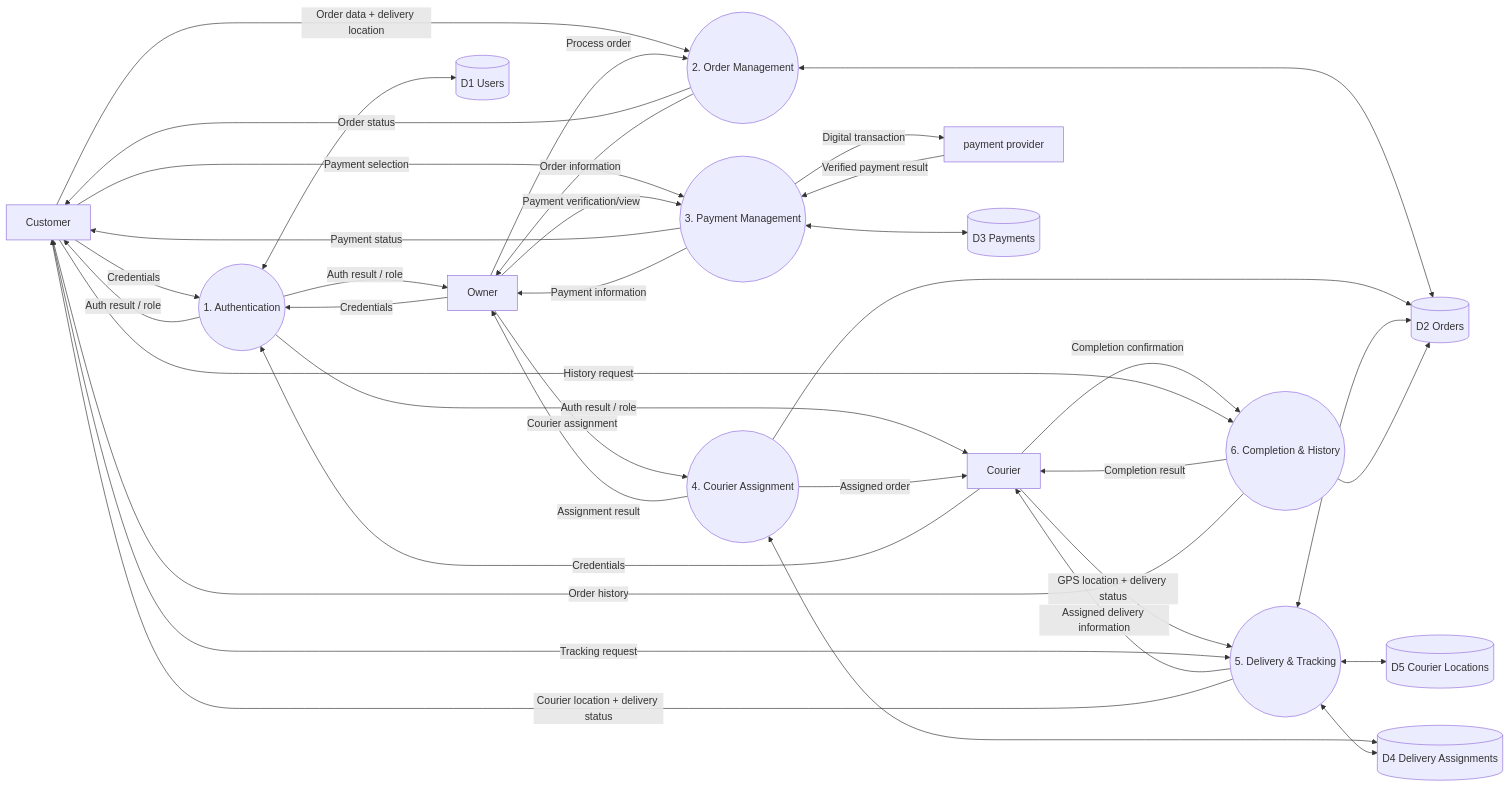
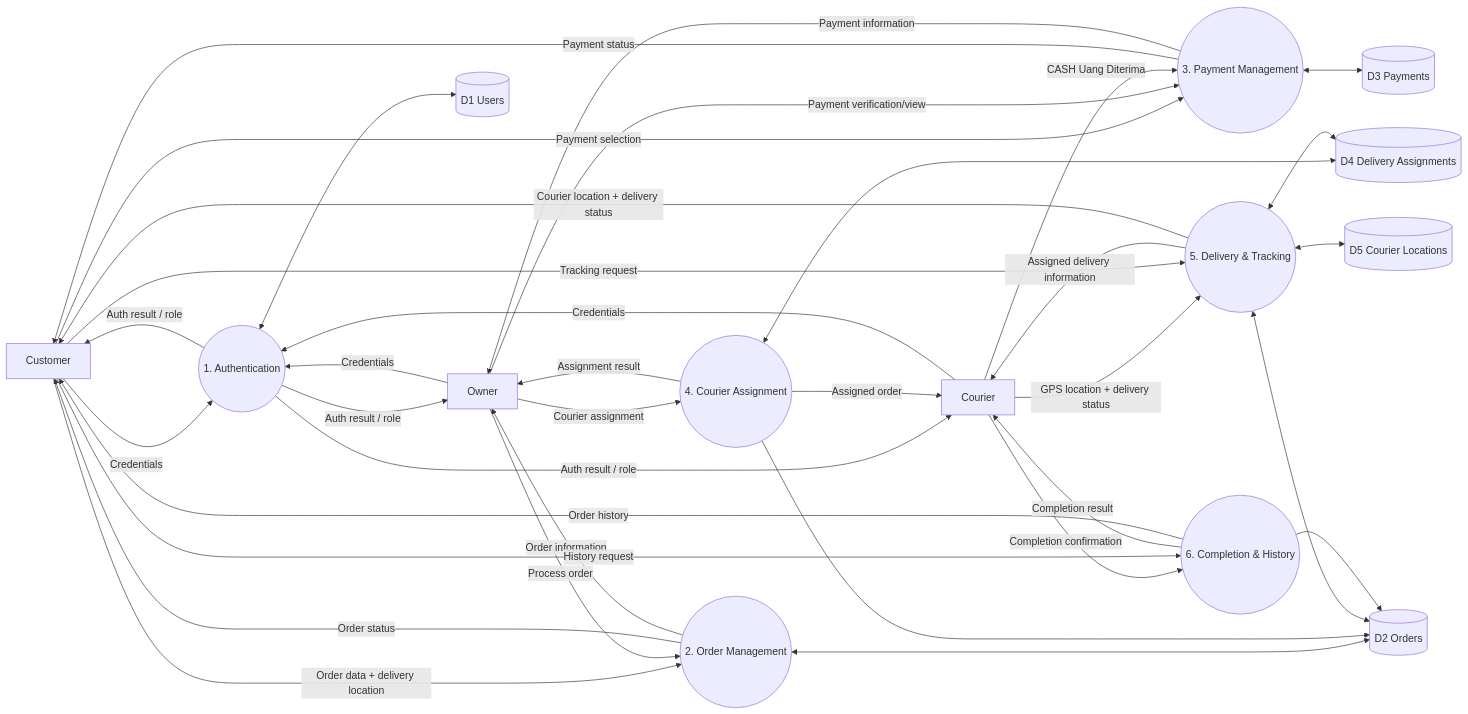
Before and after one commit to RadinataP/kyusui: diagram 21 of 23 in docs/04_KYUSUI_SYSTEM_WORKFLOW_REBUILT.md, drawn with Mermaid. The commit also changed other lines of this file and 3 other files, not shown here.

````diff
--- a/docs/04_KYUSUI_SYSTEM_WORKFLOW_REBUILT.md
+++ b/docs/04_KYUSUI_SYSTEM_WORKFLOW_REBUILT.md
@@ -1028,62 +988,60 @@
 ``` mermaid
 flowchart LR
     C[Customer]
     O[Owner]
     D[Courier]
-    M[payment provider]
 
     P1((1. Authentication))
     P2((2. Order Management))
     P3((3. Payment Management))
     P4((4. Courier Assignment))
     P5((5. Delivery & Tracking))
     P6((6. Completion & History))
 
     DS1[(D1 Users)]
     DS2[(D2 Orders)]
     DS3[(D3 Payments)]
     DS4[(D4 Delivery Assignments)]
     DS5[(D5 Courier Locations)]
 
     C -->|Credentials| P1
     O -->|Credentials| P1
     D -->|Credentials| P1
     P1 -->|Auth result / role| C
     P1 -->|Auth result / role| O
     P1 -->|Auth result / role| D
     P1 <--> DS1
 
     C -->|Order data + delivery location| P2
     P2 -->|Order status| C
     O -->|Process order| P2
     P2 -->|Order information| O
     P2 <--> DS2
 
     C -->|Payment selection| P3
     P3 -->|Payment status| C
     O -->|Payment verification/view| P3
     P3 -->|Payment information| O
     P3 <--> DS3
-    P3 -->|Digital transaction| M
-    M -->|Verified payment result| P3
+    D -->|CASH Uang Diterima| P3
 
     O -->|Courier assignment| P4
     P4 -->|Assignment result| O
     P4 -->|Assigned order| D
     P4 <--> DS4
     P4 --> DS2
 
     D -->|GPS location + delivery status| P5
     P5 -->|Assigned delivery information| D
     C -->|Tracking request| P5
     P5 -->|Courier location + delivery status| C
     P5 <--> DS5
     P5 <--> DS4
     P5 <--> DS2
 
     D -->|Completion confirmation| P6
     P6 -->|Completion result| D
     C -->|History request| P6
     P6 -->|Order history| C
     P6 --> DS2
 ```
````
